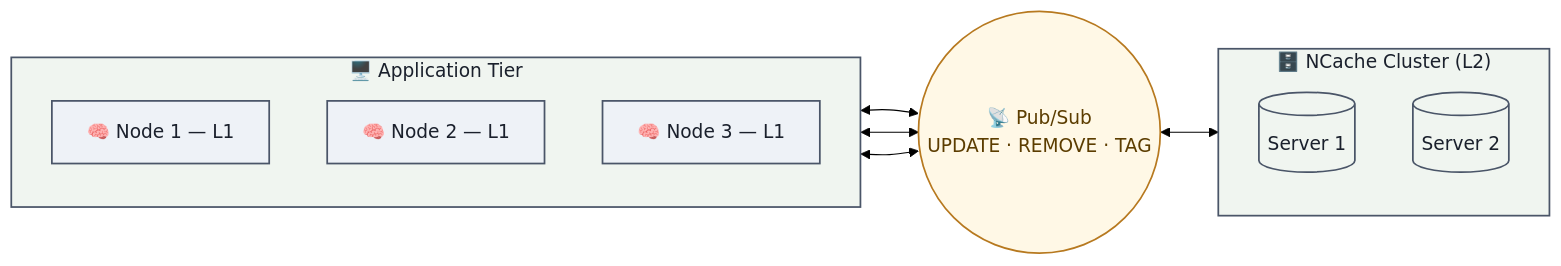
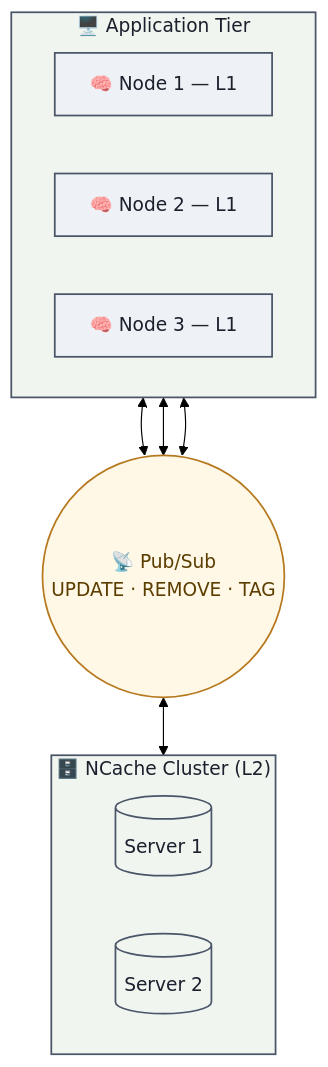
The diagram in README.md (Alachisoft/NCache-HybridCache), drawn with Mermaid (forest theme) before and after one commit.

Commit message:
edit diagram

````diff
--- a/README.md
+++ b/README.md
@@ -61,29 +61,29 @@
 ```mermaid
-flowchart LR
+flowchart TB
     subgraph App["🖥️ Application Tier"]
-        direction TB
+        direction LR
         N1["🧠 Node 1 — L1"]
         N2["🧠 Node 2 — L1"]
         N3["🧠 Node 3 — L1"]
     end
 
     PS(("📡 Pub/Sub<br/>UPDATE · REMOVE · TAG"))
 
     subgraph Cluster["🗄️ NCache Cluster (L2)"]
-        direction TB
+        direction LR
         S1[("Server 1")]
         S2[("Server 2")]
     end
 
     N1 <--> PS
     N2 <--> PS
     N3 <--> PS
     PS <--> Cluster
 
     classDef app fill:#eef2f7,stroke:#4a5568,color:#1a202c,stroke-width:1.5px
     classDef bus fill:#fff8e6,stroke:#b7791f,color:#5c3d00,stroke-width:1.5px
     classDef cluster fill:#f0f5f0,stroke:#4a5568,color:#1a202c,stroke-width:1.5px
     class N1,N2,N3 app
     class PS bus
     class S1,S2 cluster
 ```
````
